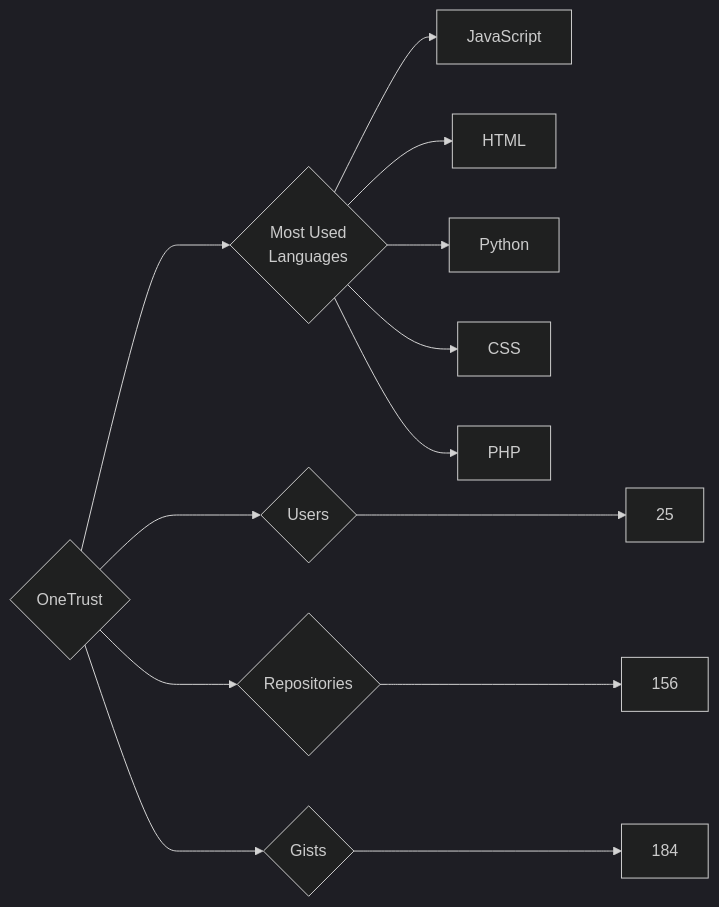
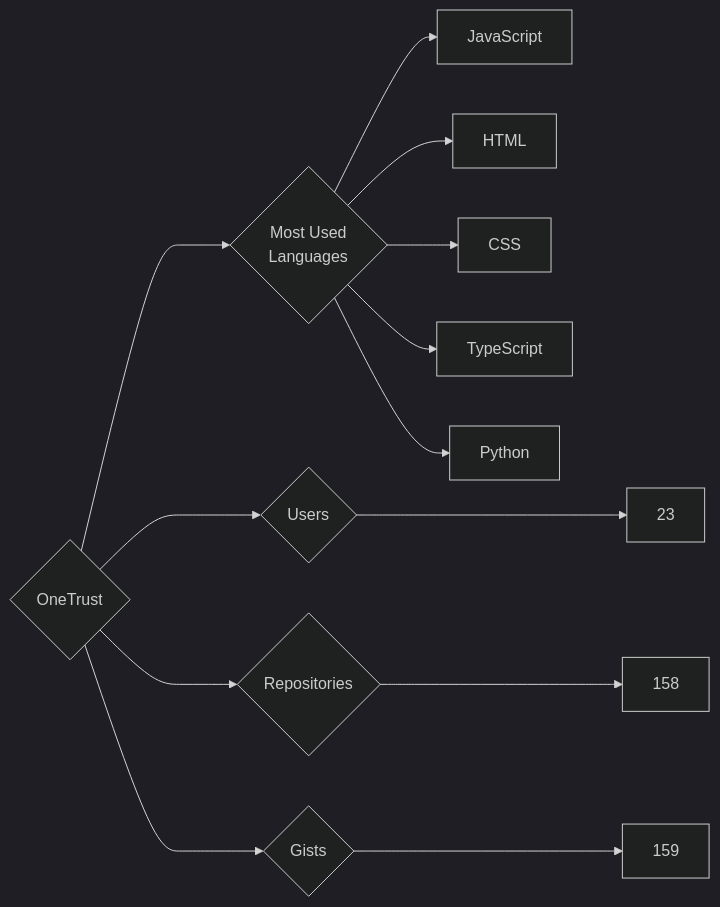
One commit to trickest/insiders changed the diagram in targets/OneTrust/README.md. Above: the diagram before and after it, drawn with Mermaid (dark theme). The commit also changed 995 other files, not shown here.

````diff
--- a/targets/OneTrust/README.md
+++ b/targets/OneTrust/README.md
@@ -3,13 +3,13 @@
 ```mermaid
 graph LR
 COMPANY_NAME{OneTrust}
-COMPANY_NAME ---> U{Users} ---> UN[25]
-COMPANY_NAME ---> R{Repositories} ---> RN[156]
-COMPANY_NAME ---> G{Gists} ---> GN[184]
+COMPANY_NAME ---> U{Users} ---> UN[23]
+COMPANY_NAME ---> R{Repositories} ---> RN[158]
+COMPANY_NAME ---> G{Gists} ---> GN[159]
 COMPANY_NAME ---> ML{Most Used<br>Languages}
 ML --> JavaScript[JavaScript]
 ML --> HTML[HTML]
+ML --> CSS[CSS]
+ML --> TypeScript[TypeScript]
 ML --> Python[Python]
-ML --> CSS[CSS]
-ML --> PHP[PHP]
 ```
````
